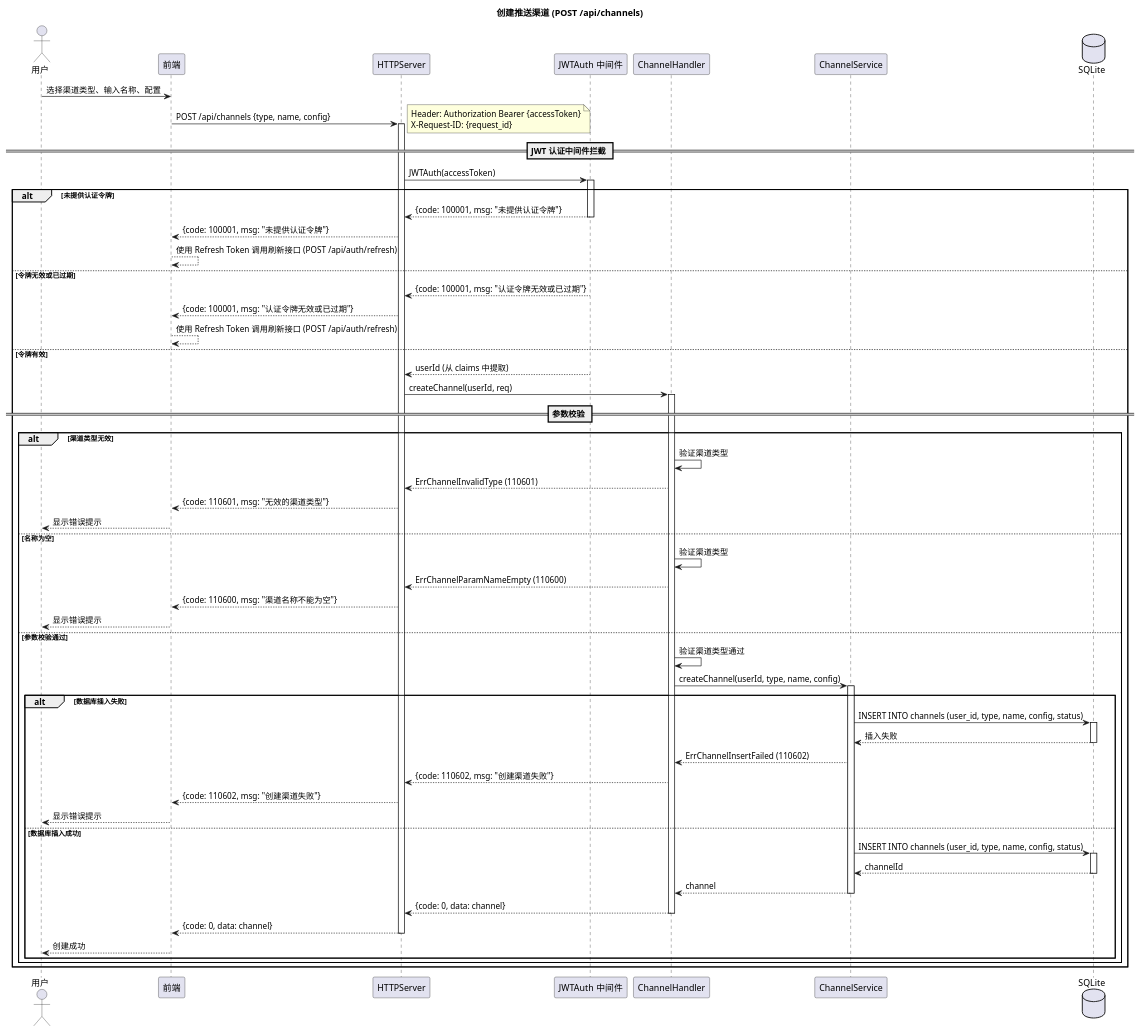
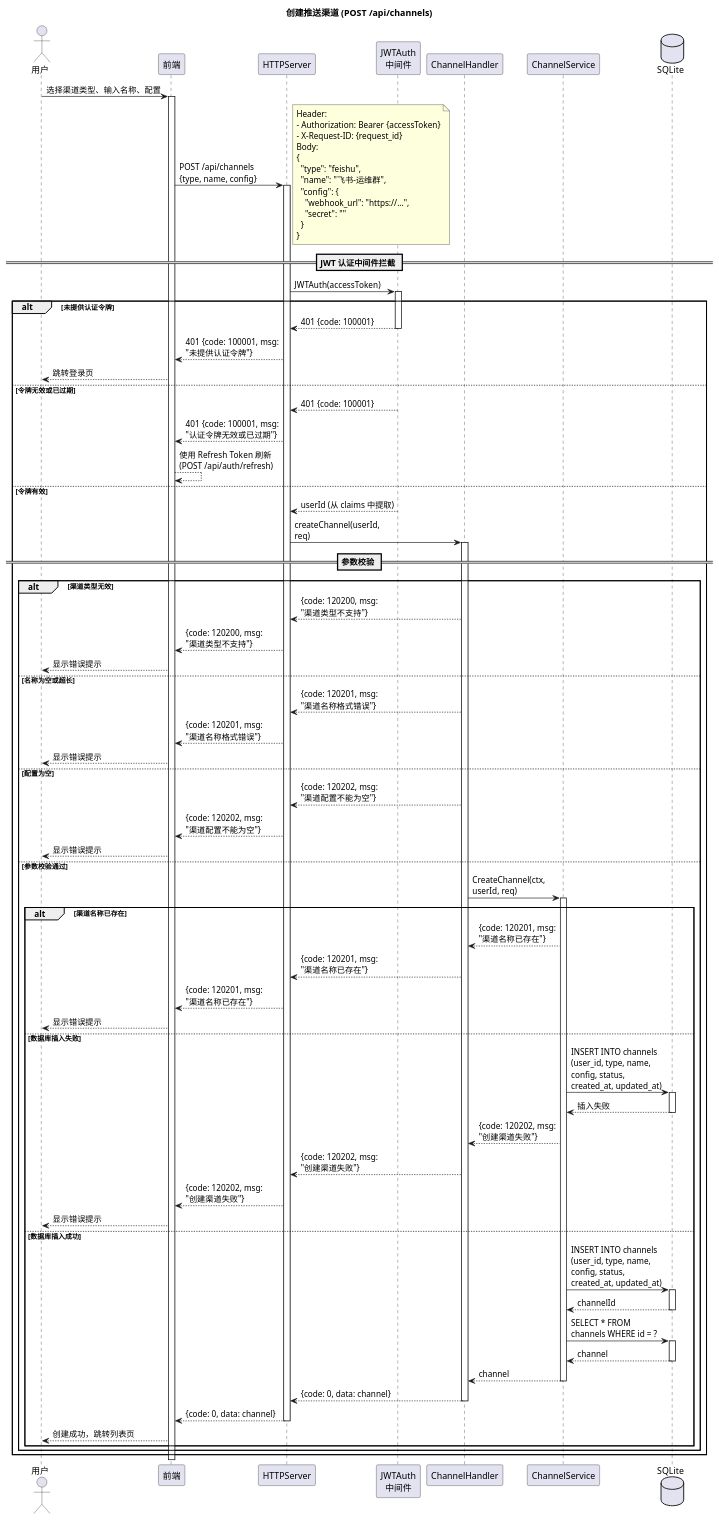
Before and after one commit to loommii/OctoTify: the diagram in docs/uml/02-sequence/03-01-create-channel.puml, drawn with PlantUML. The commit also changed 1 other file, not shown here.

Commit message:
📝 docs: 更新项目架构和渠道创建时序图
更新项目架构文档中的错误码和认证流程说明。
重写渠道创建时序图，更新错误码体系和流程细节，
与最新实现保持一致。

```diff
--- a/docs/uml/02-sequence/03-01-create-channel.puml
+++ b/docs/uml/02-sequence/03-01-create-channel.puml
@@ -1,84 +1,110 @@
 @startuml OctoTify_Sequence_CreateChannel
 
 skinparam sequenceStyle svg
 skinparam linetype ortho
+skinparam responseMessageBelowArrow true
+skinparam maxMessageSize 150
 
 title 创建推送渠道 (POST /api/channels)
 
 actor "用户" as User
 participant "前端" as Frontend
 participant "HTTPServer" as Server
-participant "JWTAuth 中间件" as JWT
+participant "JWTAuth\n中间件" as JWT
 participant "ChannelHandler" as Handler
 participant "ChannelService" as Service
 database "SQLite" as DB
 
 User -> Frontend: 选择渠道类型、输入名称、配置
+activate Frontend
 Frontend -> Server: POST /api/channels {type, name, config}
-note right: Header: Authorization Bearer {accessToken}\nX-Request-ID: {request_id}
+note right
+  Header:
+  - Authorization: Bearer {accessToken}
+  - X-Request-ID: {request_id}
+  Body:
+  {
+    "type": "feishu",
+    "name": "飞书-运维群",
+    "config": {
+      "webhook_url": "https://...",
+      "secret": ""
+    }
+  }
+end note
 activate Server
 
 == JWT 认证中间件拦截 ==
 
 Server -> JWT: JWTAuth(accessToken)
 activate JWT
 
 alt 未提供认证令牌
-    JWT --> Server: {code: 100001, msg: "未提供认证令牌"}
-    deactivate JWT
-    Server --> Frontend: {code: 100001, msg: "未提供认证令牌"}
-    Frontend --> Frontend: 使用 Refresh Token 调用刷新接口 (POST /api/auth/refresh)
+  JWT --> Server: 401 {code: 100001}
+  deactivate JWT
+  Server --> Frontend: 401 {code: 100001, msg: "未提供认证令牌"}
+  Frontend --> User: 跳转登录页
 else 令牌无效或已过期
-    JWT --> Server: {code: 100001, msg: "认证令牌无效或已过期"}
-    deactivate JWT
-    Server --> Frontend: {code: 100001, msg: "认证令牌无效或已过期"}
-    Frontend --> Frontend: 使用 Refresh Token 调用刷新接口 (POST /api/auth/refresh)
+  JWT --> Server: 401 {code: 100001}
+  deactivate JWT
+  Server --> Frontend: 401 {code: 100001, msg: "认证令牌无效或已过期"}
+  Frontend --> Frontend: 使用 Refresh Token 刷新 (POST /api/auth/refresh)
 else 令牌有效
-    JWT --> Server: userId (从 claims 中提取)
-    deactivate JWT
-    Server -> Handler: createChannel(userId, req)
-    activate Handler
+  JWT --> Server: userId (从 claims 中提取)
+  deactivate JWT
+  Server -> Handler: createChannel(userId, req)
+  activate Handler
 
-    == 参数校验 ==
+  == 参数校验 ==
 
-    alt 渠道类型无效
-        Handler -> Handler: 验证渠道类型
-        Handler --> Server: ErrChannelInvalidType (110601)
-        Server --> Frontend: {code: 110601, msg: "无效的渠道类型"}
-        Frontend --> User: 显示错误提示
-    else 名称为空
-        Handler -> Handler: 验证渠道类型
-        Handler --> Server: ErrChannelParamNameEmpty (110600)
-        Server --> Frontend: {code: 110600, msg: "渠道名称不能为空"}
-        Frontend --> User: 显示错误提示
-    else 参数校验通过
-        Handler -> Handler: 验证渠道类型通过
-        Handler -> Service: createChannel(userId, type, name, config)
-        activate Service
+  alt 渠道类型无效
+    Handler --> Server: {code: 120200, msg: "渠道类型不支持"}
+    Server --> Frontend: {code: 120200, msg: "渠道类型不支持"}
+    Frontend --> User: 显示错误提示
+  else 名称为空或超长
+    Handler --> Server: {code: 120201, msg: "渠道名称格式错误"}
+    Server --> Frontend: {code: 120201, msg: "渠道名称格式错误"}
+    Frontend --> User: 显示错误提示
+  else 配置为空
+    Handler --> Server: {code: 120202, msg: "渠道配置不能为空"}
+    Server --> Frontend: {code: 120202, msg: "渠道配置不能为空"}
+    Frontend --> User: 显示错误提示
+  else 参数校验通过
+    Handler -> Service: CreateChannel(ctx, userId, req)
+    activate Service
 
-        alt 数据库插入失败
-            Service -> DB: INSERT INTO channels (user_id, type, name, config, status)
-            activate DB
-            DB --> Service: 插入失败
-            deactivate DB
-            Service --> Handler: ErrChannelInsertFailed (110602)
-            Handler --> Server: {code: 110602, msg: "创建渠道失败"}
-            Server --> Frontend: {code: 110602, msg: "创建渠道失败"}
-            Frontend --> User: 显示错误提示
-        else 数据库插入成功
-            Service -> DB: INSERT INTO channels (user_id, type, name, config, status)
-            activate DB
-            DB --> Service: channelId
-            deactivate DB
-            Service --> Handler: channel
-            deactivate Service
-            Handler --> Server: {code: 0, data: channel}
-            deactivate Handler
-            Server --> Frontend: {code: 0, data: channel}
-            deactivate Server
-            Frontend --> User: 创建成功
-        end
+    alt 渠道名称已存在
+      Service --> Handler: {code: 120201, msg: "渠道名称已存在"}
+      Handler --> Server: {code: 120201, msg: "渠道名称已存在"}
+      Server --> Frontend: {code: 120201, msg: "渠道名称已存在"}
+      Frontend --> User: 显示错误提示
+    else 数据库插入失败
+      Service -> DB: INSERT INTO channels (user_id, type, name, config, status, created_at, updated_at)
+      activate DB
+      DB --> Service: 插入失败
+      deactivate DB
+      Service --> Handler: {code: 120202, msg: "创建渠道失败"}
+      Handler --> Server: {code: 120202, msg: "创建渠道失败"}
+      Server --> Frontend: {code: 120202, msg: "创建渠道失败"}
+      Frontend --> User: 显示错误提示
+    else 数据库插入成功
+      Service -> DB: INSERT INTO channels (user_id, type, name, config, status, created_at, updated_at)
+      activate DB
+      DB --> Service: channelId
+      deactivate DB
+      Service -> DB: SELECT * FROM channels WHERE id = ?
+      activate DB
+      DB --> Service: channel
+      deactivate DB
+      Service --> Handler: channel
+      deactivate Service
+      Handler --> Server: {code: 0, data: channel}
+      deactivate Handler
+      Server --> Frontend: {code: 0, data: channel}
+      deactivate Server
+      Frontend --> User: 创建成功，跳转列表页
     end
+  end
 end
 
 @enduml
```
